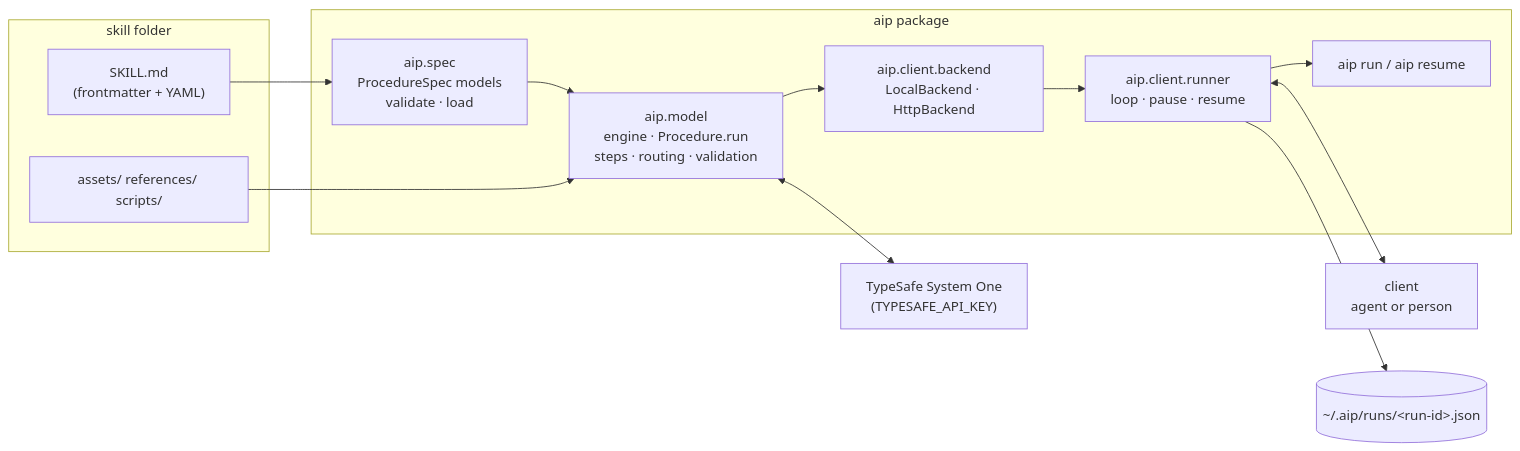
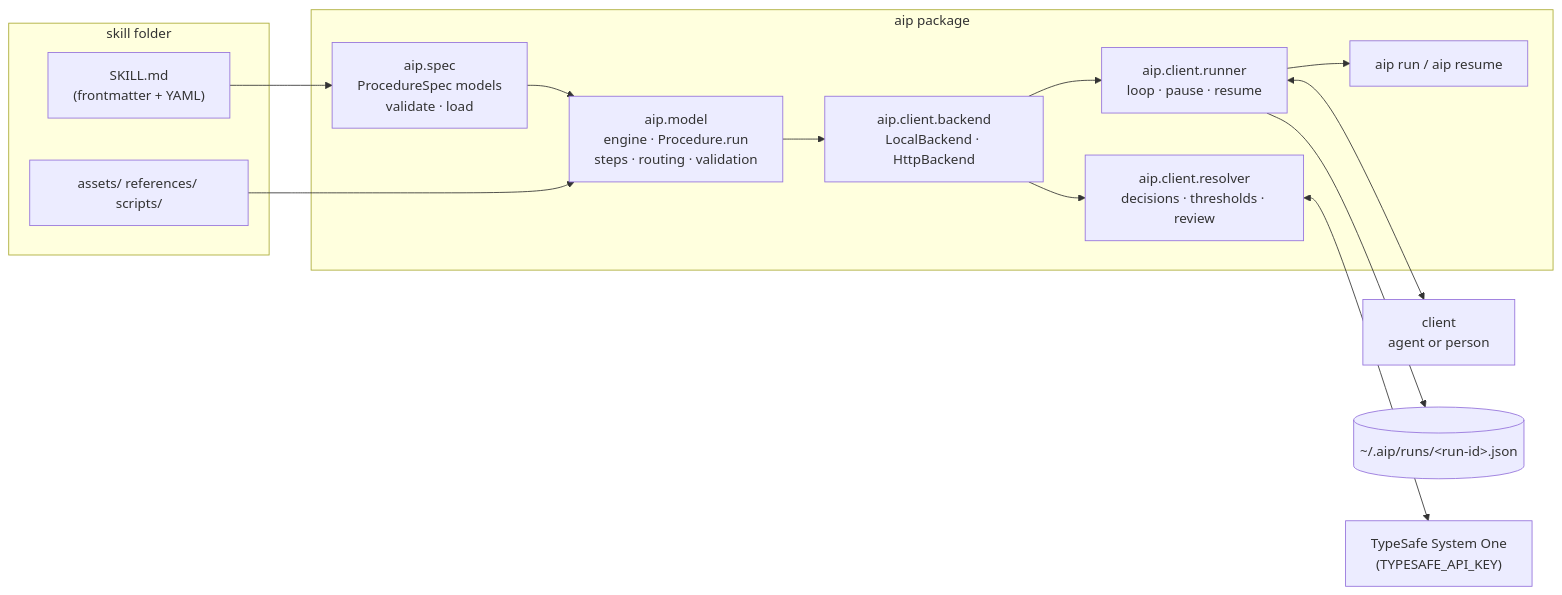
One commit to zach-blumenfeld/aip changed the diagram in docs/running.md. Above: the diagram before and after it, drawn with Mermaid. The commit also changed other lines of this file and 26 other files, not shown here.

First line of the commit message:
B4: the client resolves decisions, with attribution

````diff
--- a/docs/running.md
+++ b/docs/running.md
@@ -7,24 +7,25 @@
 ```mermaid
 flowchart LR
     subgraph skill["skill folder"]
         md["SKILL.md<br/>(frontmatter + YAML)"]
         res["assets/ references/ scripts/"]
     end
     subgraph aip["aip package"]
         spec["aip.spec<br/>ProcedureSpec models<br/>validate · load"]
         model["aip.model<br/>engine · Procedure.run<br/>steps · routing · validation"]
         backend["aip.client.backend<br/>LocalBackend · HttpBackend"]
+        resolver["aip.client.resolver<br/>decisions · thresholds · review"]
         runner["aip.client.runner<br/>loop · pause · resume"]
         cli["aip run / aip resume"]
     end
     jev["TypeSafe System One<br/>(TYPESAFE_API_KEY)"]
     client["client<br/>agent or person"]
     runfile[("~/.aip/runs/&lt;run-id&gt;.json")]
 
     md --> spec --> model
     res --> model
-    model <--> jev
     model --> backend --> runner --> cli
+    backend --> resolver <--> jev
     runner <--> client
     runner --> runfile
 ```
````
